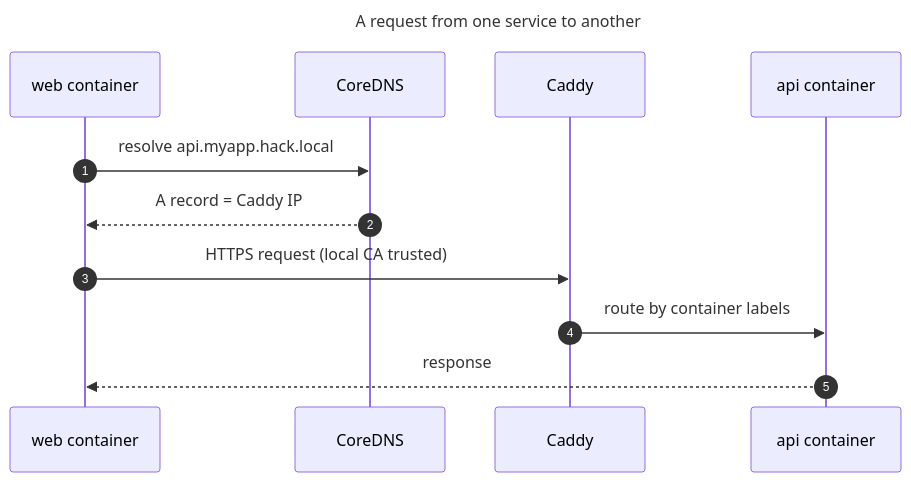
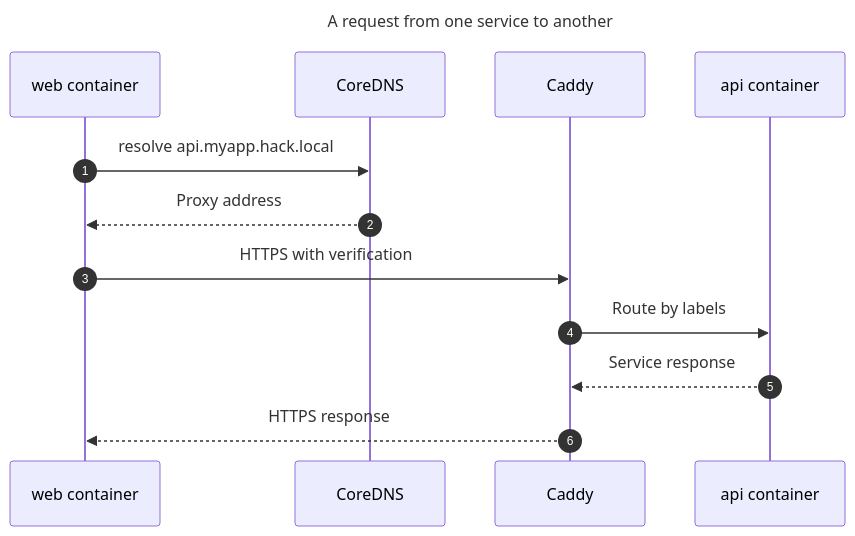
The third of 10 diagrams in docs/architecture.md (hack-dance/hack), drawn with Mermaid before and after one commit. The commit also changed other lines of this file and 4 other files, not shown here.

Commit message:
docs: diagram local runtime, routing and env precedence

````diff
--- a/docs/architecture.md
+++ b/docs/architecture.md
@@ -242,16 +184,17 @@
 ```mermaid
 ---
 title: A request from one service to another
 ---
 sequenceDiagram
   autonumber
   participant Web as web container
   participant DNS as CoreDNS
   participant Caddy
   participant Api as api container
   Web->>DNS: resolve api.myapp.hack.local
-  DNS-->>Web: A record = Caddy IP
-  Web->>Caddy: HTTPS request (local CA trusted)
-  Caddy->>Api: route by container labels
-  Api-->>Web: response
+  DNS-->>Web: Proxy address
+  Web->>Caddy: HTTPS with verification
+  Caddy->>Api: Route by labels
+  Api-->>Caddy: Service response
+  Caddy-->>Web: HTTPS response
 ```
````
